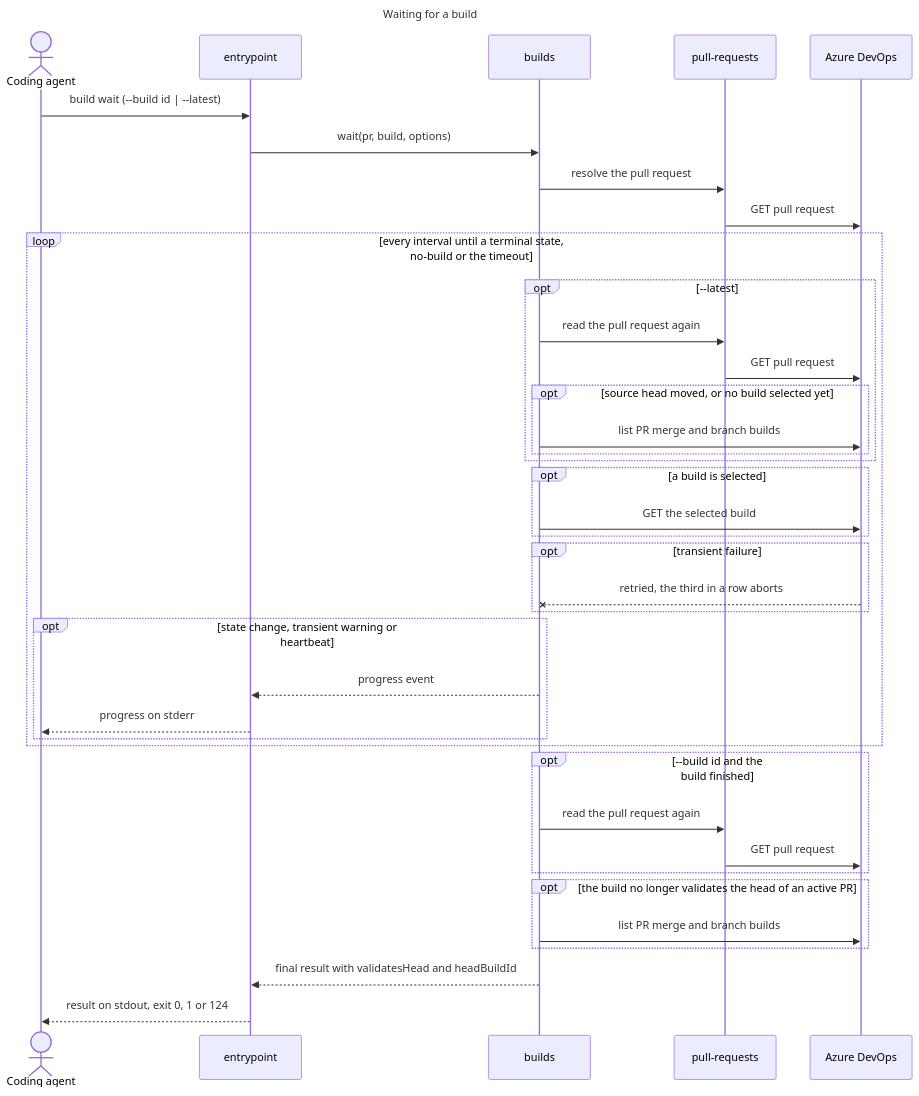
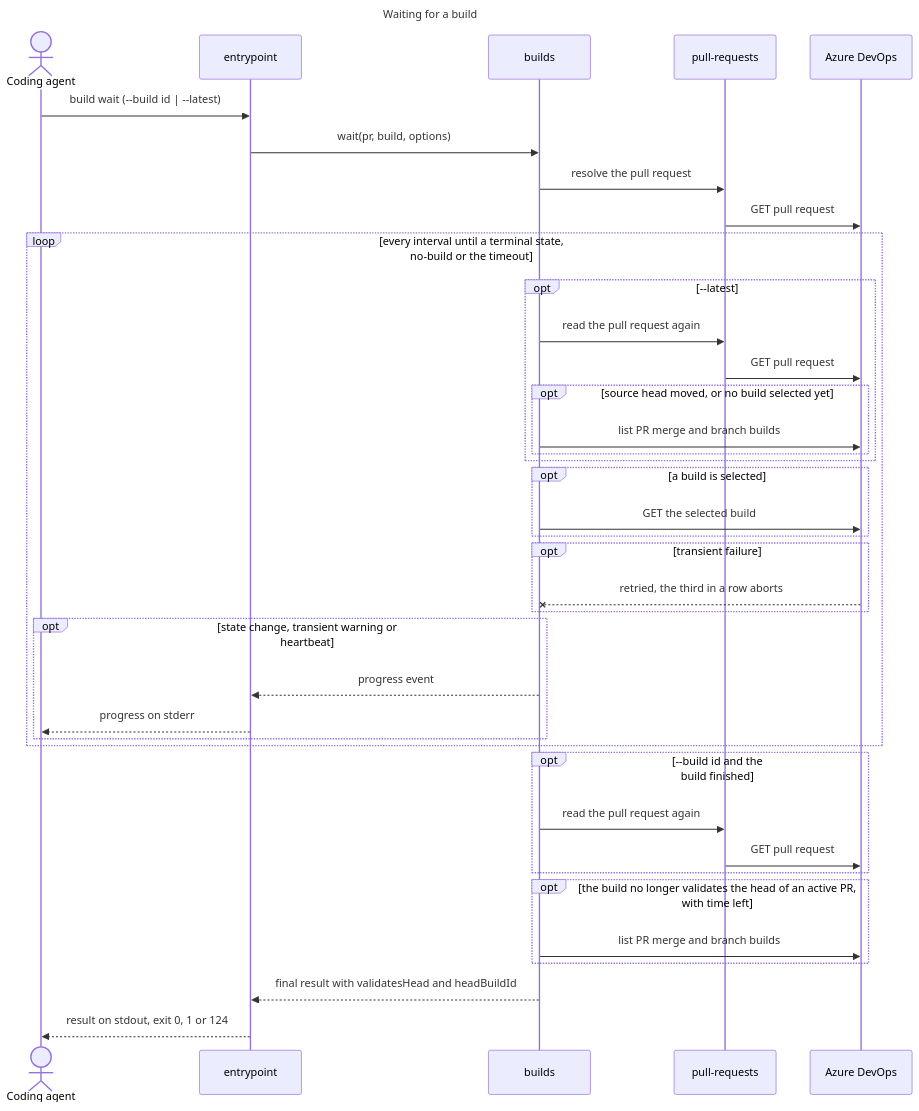
Before and after one commit to remshams/ado-pr: the fifth of 5 diagrams in docs/architecture/architecture.md, drawn with Mermaid. The commit also changed other lines of this file and 1 other file, not shown here.

Commit message:
docs(Architecture): show the deadline guard and the build pipeline ID rule on the head build lookup

````diff
--- a/docs/architecture/architecture.md
+++ b/docs/architecture/architecture.md
@@ -200,43 +200,43 @@
 ```mermaid
 ---
 title: Waiting for a build
 ---
 sequenceDiagram
     actor Agent as Coding agent
     participant Entry as entrypoint
     participant Builds as builds
     participant Prs as pull-requests
     participant Azure as Azure DevOps
     Agent->>Entry: build wait (--build id | --latest)
     Entry->>Builds: wait(pr, build, options)
     Builds->>Prs: resolve the pull request
     Prs->>Azure: GET pull request
     loop every interval until a terminal state, no-build or the timeout
         opt --latest
             Builds->>Prs: read the pull request again
             Prs->>Azure: GET pull request
             opt source head moved, or no build selected yet
                 Builds->>Azure: list PR merge and branch builds
             end
         end
         opt a build is selected
             Builds->>Azure: GET the selected build
         end
         opt transient failure
             Azure--xBuilds: retried, the third in a row aborts
         end
         opt state change, transient warning or heartbeat
             Builds-->>Entry: progress event
             Entry-->>Agent: progress on stderr
         end
     end
     opt --build id and the build finished
         Builds->>Prs: read the pull request again
         Prs->>Azure: GET pull request
     end
-    opt the build no longer validates the head of an active PR
+    opt the build no longer validates the head of an active PR, with time left
         Builds->>Azure: list PR merge and branch builds
     end
     Builds-->>Entry: final result with validatesHead and headBuildId
     Entry-->>Agent: result on stdout, exit 0, 1 or 124
 ```
````
